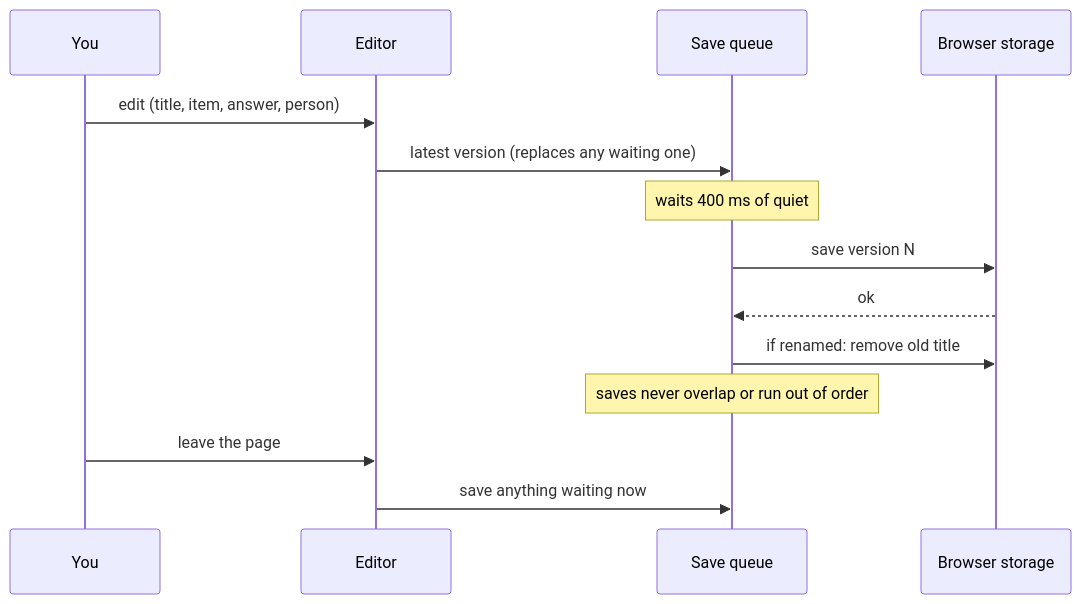
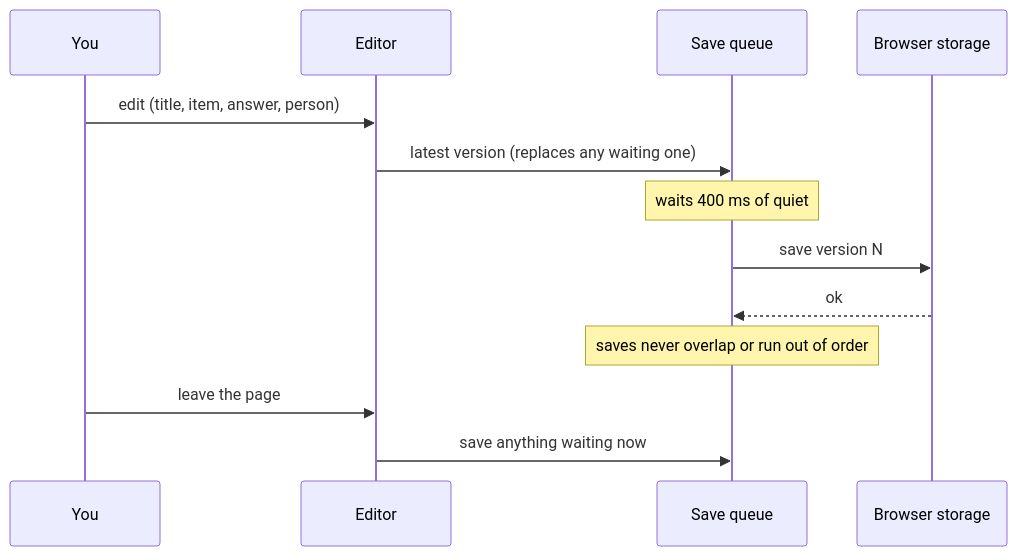
Before and after one commit to robotoer/relationship-menu: the fourth of 7 diagrams in docs/spec/README.md, drawn with Mermaid. The commit also changed other lines of this file and 24 other files, not shown here.

````diff
--- a/docs/spec/README.md
+++ b/docs/spec/README.md
@@ -164,16 +165,15 @@
 ```mermaid
 sequenceDiagram
   participant U as You
   participant E as Editor
   participant Q as Save queue
   participant S as Browser storage
   U->>E: edit (title, item, answer, person)
   E->>Q: latest version (replaces any waiting one)
   Note over Q: waits 400 ms of quiet
   Q->>S: save version N
   S-->>Q: ok
-  Q->>S: if renamed: remove old title
   Note over Q: saves never overlap or run out of order
   U->>E: leave the page
   E->>Q: save anything waiting now
 ```
````
